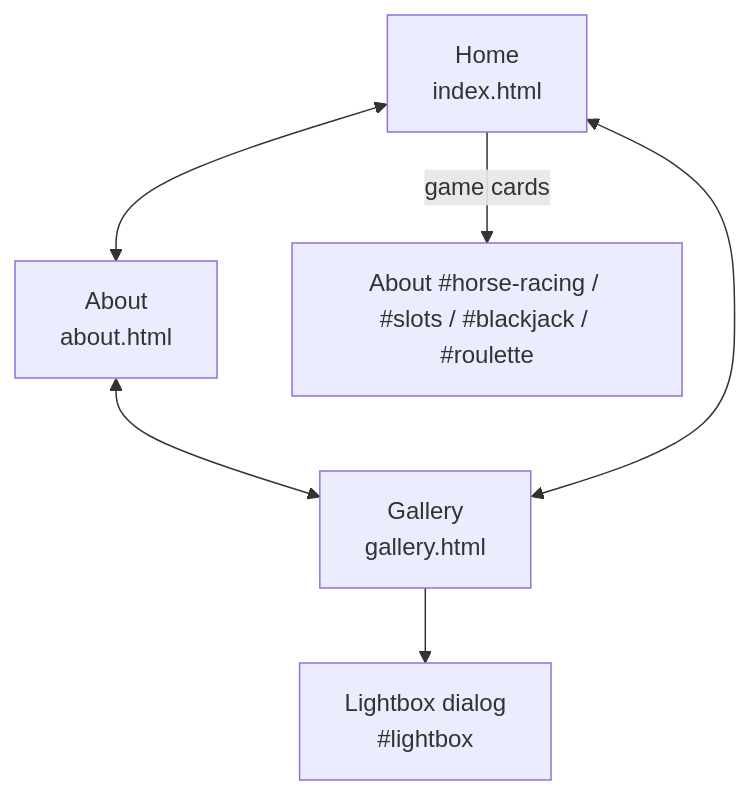
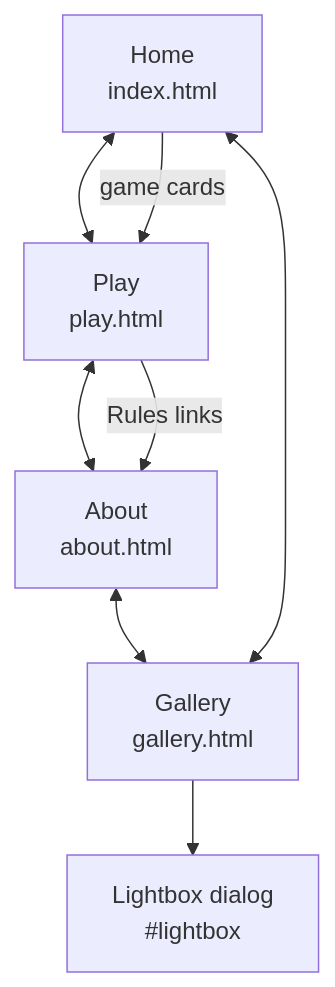
One commit to ChrisMedkit/CS-235-IntroToAI changed the second of 5 diagrams in DIAGRAM.md. Above: the diagram before and after it, drawn with Mermaid. The commit also changed other lines of this file and 11 other files, not shown here.

````diff
--- a/DIAGRAM.md
+++ b/DIAGRAM.md
@@ -17,8 +17,10 @@
 ```mermaid
 flowchart TD
-  H["Home<br>index.html"] <--> A["About<br>about.html"]
+  H["Home<br>index.html"] <--> P["Play<br>play.html"]
+  P <--> A["About<br>about.html"]
   A <--> G["Gallery<br>gallery.html"]
   G <--> H
   G --> L["Lightbox dialog<br>#lightbox"]
-  H -- "game cards" --> R["About #horse-racing / #slots / #blackjack / #roulette"]
+  H -- "game cards" --> P
+  P -- "Rules links" --> A
 ```
````
